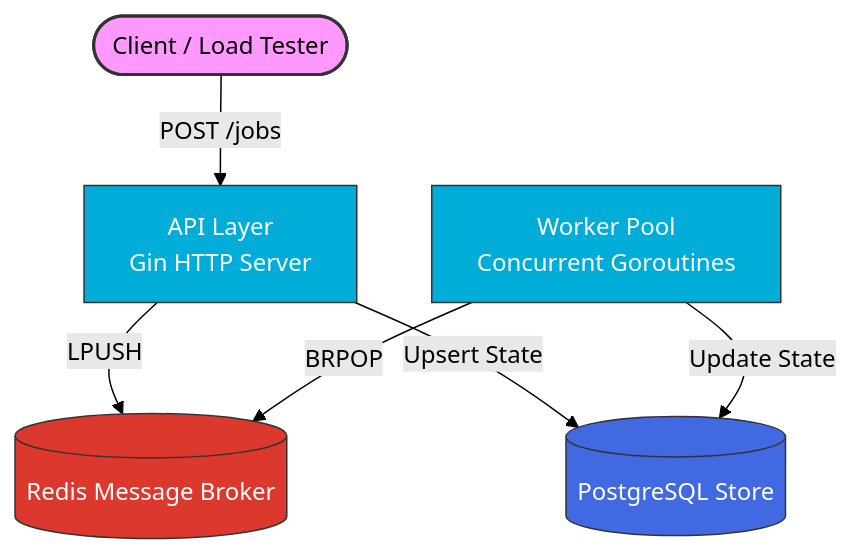
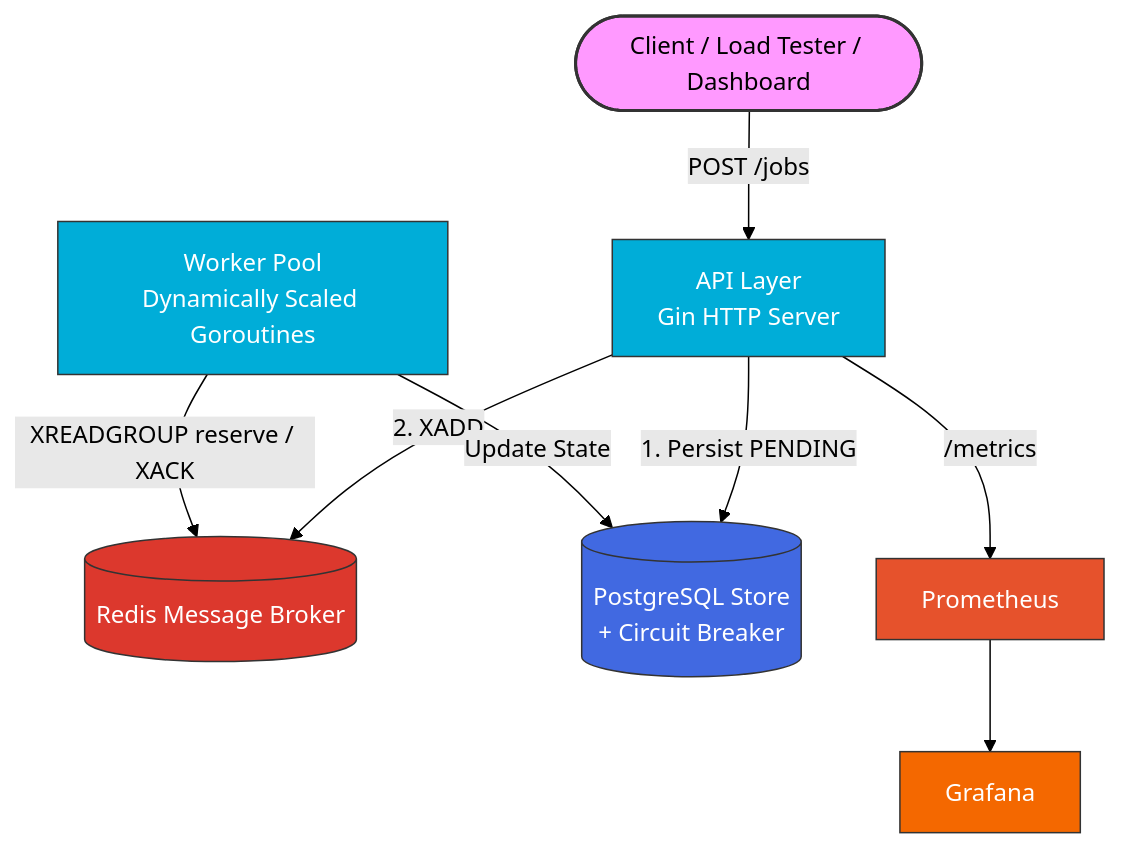
Before and after one commit to ishaanjain1507/taskqueue: the diagram in README.md, drawn with Mermaid (forest theme). The commit also changed other lines of this file and 26 other files, not shown here.

First line of the commit message:
feat: add grafana monitoring and metrics middleware

````diff
--- a/README.md
+++ b/README.md
@@ -38,20 +40,26 @@
 ```mermaid
 graph TD
-    Client([Client / Load Tester])
+    Client([Client / Load Tester / Dashboard])
     API[API Layer<br>Gin HTTP Server]
     Redis[(Redis Message Broker)]
-    Workers[Worker Pool<br>Concurrent Goroutines]
-    DB[(PostgreSQL Store)]
+    Workers[Worker Pool<br>Dynamically Scaled Goroutines]
+    DB[(PostgreSQL Store<br>+ Circuit Breaker)]
+    Prom[Prometheus]
+    Graf[Grafana]
 
     Client -- POST /jobs --> API
-    API -- LPUSH --> Redis
-    API -- Upsert State --> DB
-    Workers -- BRPOP --> Redis
+    API -- 1. Persist PENDING --> DB
+    API -- 2. XADD --> Redis
+    Workers -- XREADGROUP reserve / XACK --> Redis
     Workers -- Update State --> DB
+    API -- /metrics --> Prom
+    Prom --> Graf
 
     style Client fill:#f9f,stroke:#333,stroke-width:2px
     style Redis fill:#DC382D,stroke:#333,color:#fff
     style DB fill:#4169E1,stroke:#333,color:#fff
     style API fill:#00ADD8,stroke:#333,color:#fff
     style Workers fill:#00ADD8,stroke:#333,color:#fff
+    style Prom fill:#E6522C,stroke:#333,color:#fff
+    style Graf fill:#F46800,stroke:#333,color:#fff
 ```
````
